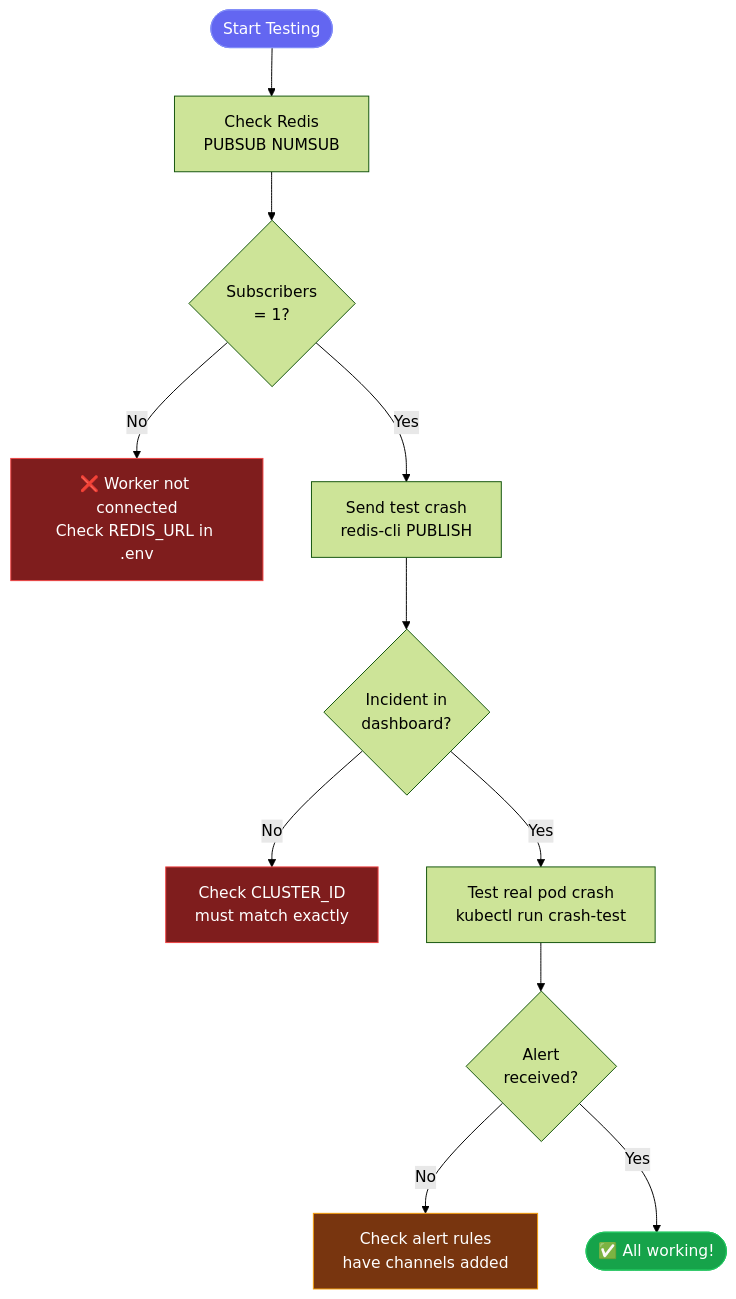
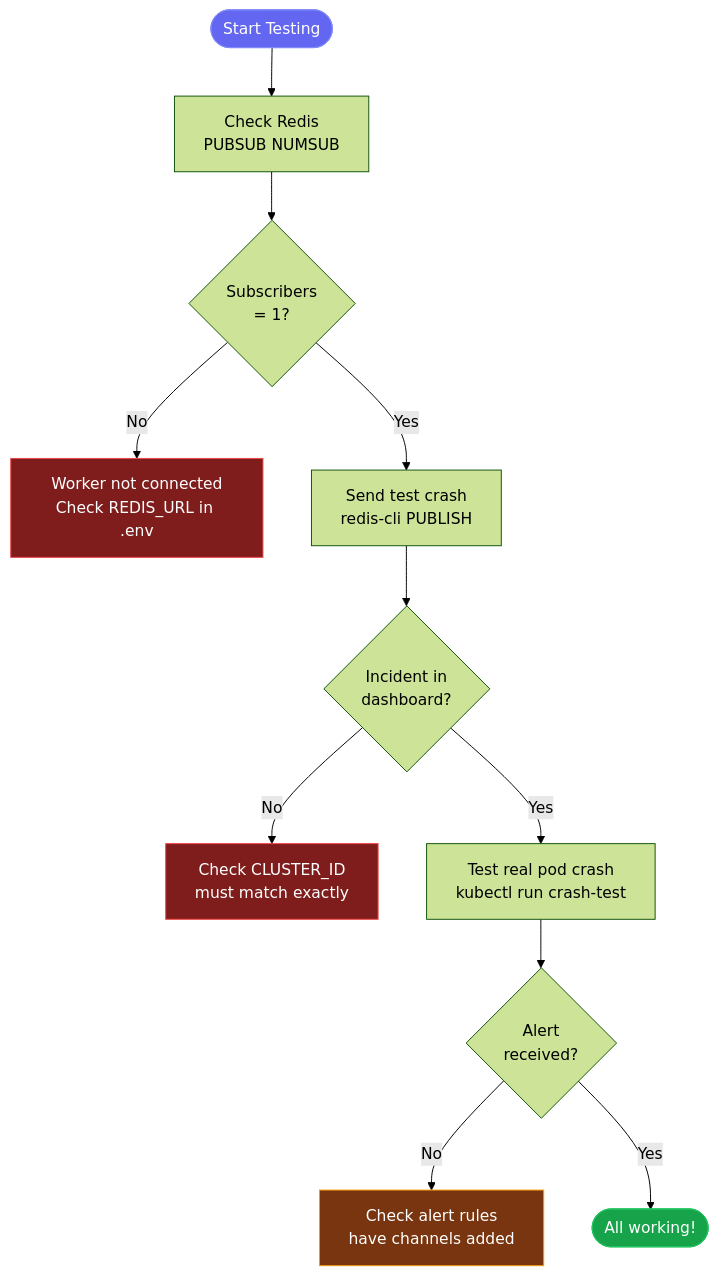
Before and after one commit to Akshatsainiaks/srevox: the eighth of 10 diagrams in README.md, drawn with Mermaid (forest theme). The commit also changed other lines of this file, not shown here.

````diff
--- a/README.md
+++ b/README.md
@@ -788,19 +788,19 @@
 ```mermaid
 flowchart TD
     A([Start Testing]) --> B[Check Redis\nPUBSUB NUMSUB]
     B --> C{Subscribers\n= 1?}
-    C -->|No| D[❌ Worker not connected\nCheck REDIS_URL in .env]
+    C -->|No| D[Worker not connected\nCheck REDIS_URL in .env]
     C -->|Yes| E[Send test crash\nredis-cli PUBLISH]
     E --> F{Incident in\ndashboard?}
     F -->|No| G[Check CLUSTER_ID\nmust match exactly]
     F -->|Yes| H[Test real pod crash\nkubectl run crash-test]
     H --> I{Alert\nreceived?}
     I -->|No| J[Check alert rules\nhave channels added]
-    I -->|Yes| K([✅ All working!])
+    I -->|Yes| K([All working!])
 
     style A fill:#6366f1,stroke:#818cf8,color:#fff
     style K fill:#16a34a,stroke:#22c55e,color:#fff
     style D fill:#7f1d1d,stroke:#ef4444,color:#fff
     style G fill:#7f1d1d,stroke:#ef4444,color:#fff
     style J fill:#78350f,stroke:#f59e0b,color:#fff
 ```
````
